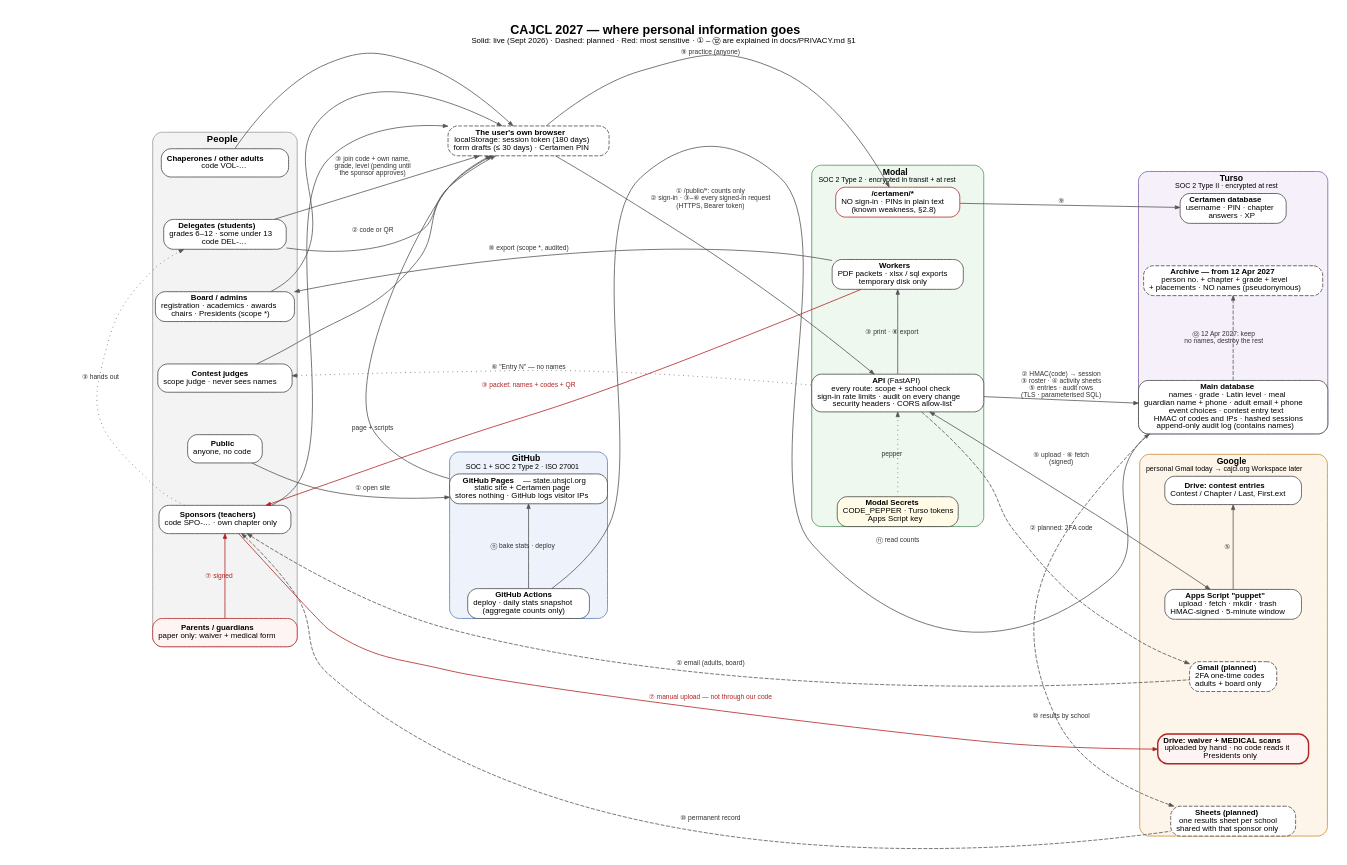
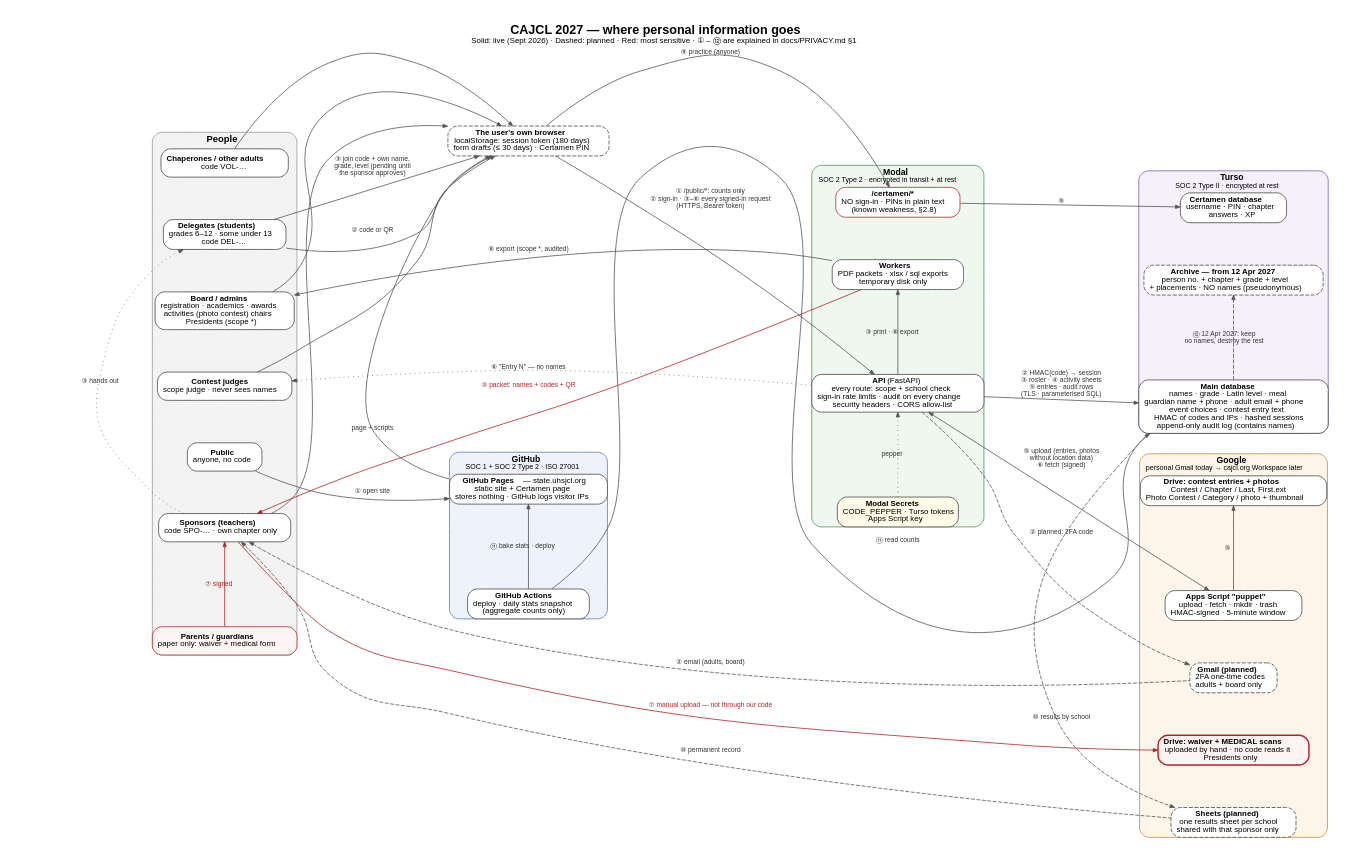
The diagram in docs/privacy/data-flow.dot (tech-ovo/CAJCL-2027), drawn with Graphviz before and after one commit. The commit also changed 24 other files, not shown here.

Commit message:
photo contest

```diff
--- a/docs/privacy/data-flow.dot
+++ b/docs/privacy/data-flow.dot
@@ -1,123 +1,123 @@
 // CAJCL 2027 — data flow, one printed page (US Letter, landscape).
 // Render (from the repository root):
 //   dot -Tpdf docs/privacy/data-flow.dot -o docs/privacy/data-flow.pdf
 //   dot -Tsvg docs/privacy/data-flow.dot -o docs/privacy/data-flow.svg
 // Solid = live today. Dashed = planned. Red = the most sensitive data.
 // Circled numbers match the flow list in docs/PRIVACY.md §1.
 
 digraph cajcl_data_flow {
   graph [
     label=<<b>CAJCL 2027 — where personal information goes</b><br/><font point-size="10">Solid: live (Sept 2026) · Dashed: planned · Red: most sensitive · ① – ⑫ are explained in docs/PRIVACY.md §1</font>>,
     labelloc=t, fontname="Helvetica", fontsize=16,
     rankdir=LR, newrank=true, splines=spline, nodesep=0.75, ranksep=1.1,
     size="10.5,8", ratio=compress, margin=0, pad=0.15
   ];
   node [fontname="Helvetica", fontsize=10, shape=box, style="rounded,filled", fillcolor="#ffffff", color="#444444", margin="0.1,0.05"];
   edge [fontname="Helvetica", fontsize=8.5, color="#555555", fontcolor="#333333", arrowsize=0.6];
 
   // ============================================================ column 1: people
   subgraph cluster_people {
     label=<<b>People</b>>; style="rounded,filled"; fillcolor="#f3f3f3"; color="#999999"; fontsize=12;
     public   [label=<<b>Public</b><br/>anyone, no code>];
     delegate [label=<<b>Delegates (students)</b><br/>grades 6–12 · some under 13<br/>code DEL-…>];
     sponsor  [label=<<b>Sponsors (teachers)</b><br/>code SPO-… · own chapter only>];
     adult    [label=<<b>Chaperones / other adults</b><br/>code VOL-…>];
-    board    [label=<<b>Board / admins</b><br/>registration · academics · awards<br/>chairs · Presidents (scope *)>];
+    board    [label=<<b>Board / admins</b><br/>registration · academics · awards<br/>activities (photo contest) chairs<br/>Presidents (scope *)>];
     judge    [label=<<b>Contest judges</b><br/>scope judge · never sees names>];
     parent   [label=<<b>Parents / guardians</b><br/>paper only: waiver + medical form>, fillcolor="#fff4f4", color="#b22222"];
   }
 
   // ============================================================ column 2: delivery
   subgraph cluster_github {
     label=<<b>GitHub</b><br/><font point-size="9">SOC 1 + SOC 2 Type 2 · ISO 27001</font>>; style="rounded,filled"; fillcolor="#eef3fb"; color="#5b7bb5"; fontsize=11;
     pages   [label=<<b>GitHub Pages</b> — state.uhsjcl.org<br/>static site + Certamen page<br/>stores nothing · GitHub logs visitor IPs>];
     actions [label=<<b>GitHub Actions</b><br/>deploy · daily stats snapshot<br/>(aggregate counts only)>];
   }
   browser [label=<<b>The user's own browser</b><br/>localStorage: session token (180 days)<br/>form drafts (≤ 30 days) · Certamen PIN>, style="rounded,dashed"];
 
   // ============================================================ column 3: Modal
   subgraph cluster_modal {
     label=<<b>Modal</b><br/><font point-size="9">SOC 2 Type 2 · encrypted in transit + at rest</font>>; style="rounded,filled"; fillcolor="#eef8ef"; color="#4f8f5a"; fontsize=11;
     api     [label=<<b>API</b> (FastAPI)<br/>every route: scope + school check<br/>sign-in rate limits · audit on every change<br/>security headers · CORS allow-list>];
     secrets [label=<<b>Modal Secrets</b><br/>CODE_PEPPER · Turso tokens<br/>Apps Script key>, fillcolor="#fffbe6"];
     workers [label=<<b>Workers</b><br/>PDF packets · xlsx / sql exports<br/>temporary disk only>];
     certapi [label=<<b>/certamen/*</b><br/>NO sign-in · PINs in plain text<br/>(known weakness, §2.8)>, color="#b22222"];
   }
 
   // ============================================================ column 4: storage
   subgraph cluster_turso {
     label=<<b>Turso</b><br/><font point-size="9">SOC 2 Type II · encrypted at rest</font>>; style="rounded,filled"; fillcolor="#f6f0fb"; color="#7d5ba6"; fontsize=11;
     maindb  [label=<<b>Main database</b><br/>names · grade · Latin level · meal<br/>guardian name + phone · adult email + phone<br/>event choices · contest entry text<br/>HMAC of codes and IPs · hashed sessions<br/>append-only audit log (contains names)>];
     archive [label=<<b>Archive — from 12 Apr 2027</b><br/>person no. + chapter + grade + level<br/>+ placements · NO names (pseudonymous)>, style="rounded,dashed,filled"];
     certdb  [label=<<b>Certamen database</b><br/>username · PIN · chapter<br/>answers · XP>];
   }
 
   subgraph cluster_google {
     label=<<b>Google</b><br/><font point-size="9">personal Gmail today → cajcl.org Workspace later</font>>; style="rounded,filled"; fillcolor="#fdf5ea"; color="#c98a2e"; fontsize=11;
     gas    [label=<<b>Apps Script "puppet"</b><br/>upload · fetch · mkdir · trash<br/>HMAC-signed · 5-minute window>];
-    drive  [label=<<b>Drive: contest entries</b><br/>Contest / Chapter / Last, First.ext>];
+    drive  [label=<<b>Drive: contest entries + photos</b><br/>Contest / Chapter / Last, First.ext<br/>Photo Contest / Category / photo + thumbnail>];
     scans  [label=<<b>Drive: waiver + MEDICAL scans</b><br/>uploaded by hand · no code reads it<br/>Presidents only>, fillcolor="#fff4f4", color="#b22222", penwidth=1.8];
     mail   [label=<<b>Gmail (planned)</b><br/>2FA one-time codes<br/>adults + board only>, style="rounded,dashed,filled"];
     sheets [label=<<b>Sheets (planned)</b><br/>one results sheet per school<br/>shared with that sponsor only>, style="rounded,dashed,filled"];
   }
 
   // ============================================================ layout skeleton (invisible)
   // Four columns: people | browser + GitHub | Modal | Turso + Google.
   public -> pages [style=invis];
   pages -> api [style=invis];
   api -> maindb [style=invis];
   gas -> drive -> scans [style=invis];
   mail -> sheets [style=invis];
   actions -> browser [style=invis];
   { rank=same; pages; actions; browser; }
   { rank=same; api; workers; certapi; secrets; }
   { rank=same; maindb; archive; certdb; gas; drive; scans; mail; sheets; }
 
   // ============================================================ flows
   // ① browsing the public site
   public   -> pages   [label="① open site"];
   pages    -> browser [label="page + scripts"];
   browser  -> api     [label="① /public/*: counts only\n② sign-in · ③–⑥ every signed-in request\n(HTTPS, Bearer token)"];
 
   // ② sign-in (everyone with a code)
   delegate -> browser [label="② code or QR"];
   sponsor  -> browser;
   adult    -> browser;
   board    -> browser;
   judge    -> browser;
   secrets  -> api     [label="pepper", style=dotted];
   api      -> maindb  [label="② HMAC(code) → session\n③ roster · ④ activity sheets\n⑤ entries · audit rows\n(TLS · parameterised SQL)"];
   api      -> mail    [label="② planned: 2FA code", style=dashed];
   sponsor  -> mail    [label="② email (adults, board)", style=dashed, dir=back];
 
   // ③ join code: a student registers themselves into a chapter, pending
   delegate -> browser [label="③ join code + own name,\ngrade, level (pending until\nthe sponsor approves)", constraint=false];
 
   // ③ roster and printed packet
   api      -> workers [label="③ print · ⑧ export"];
   sponsor  -> workers [label="③ packet: names + codes + QR", color="#b22222", fontcolor="#b22222", dir=back];
   sponsor  -> delegate [label="③ hands out", style=dotted, constraint=false];
   board    -> workers [label="⑧ export (scope *, audited)", dir=back];
 
   // ⑤ ⑥ contests
-  api      -> gas     [label="⑤ upload · ⑥ fetch\n(signed)", dir=both];
+  api      -> gas     [label="⑤ upload (entries, photos\nwithout location data)\n⑥ fetch (signed)", dir=both];
   gas      -> drive   [label="⑤"];
   judge    -> api     [label="⑥ \"Entry N\" — no names", style=dotted, dir=back];
 
   // ⑦ paper forms (outside the code)
   parent   -> sponsor [label="⑦ signed", color="#b22222", fontcolor="#b22222", constraint=false];
   sponsor  -> scans   [label="⑦ manual upload — not through our code", color="#b22222", fontcolor="#b22222"];
 
   // ⑨ Certamen practice
   browser  -> certapi [label="⑨ practice (anyone)"];
   certapi  -> certdb  [label="⑨"];
 
   // ⑩ ⑫ end of year
   maindb   -> sheets  [label="⑩ results by school", style=dashed];
   sponsor  -> sheets  [label="⑩ permanent record", style=dashed, dir=back];
   maindb   -> archive [label="⑫ 12 Apr 2027: keep\nno names, destroy the rest", style=dashed];
 
   // ⑪ build
   actions  -> maindb  [label="⑪ read counts", constraint=false];
   actions  -> pages   [label="⑪ bake stats · deploy"];
 }
```
